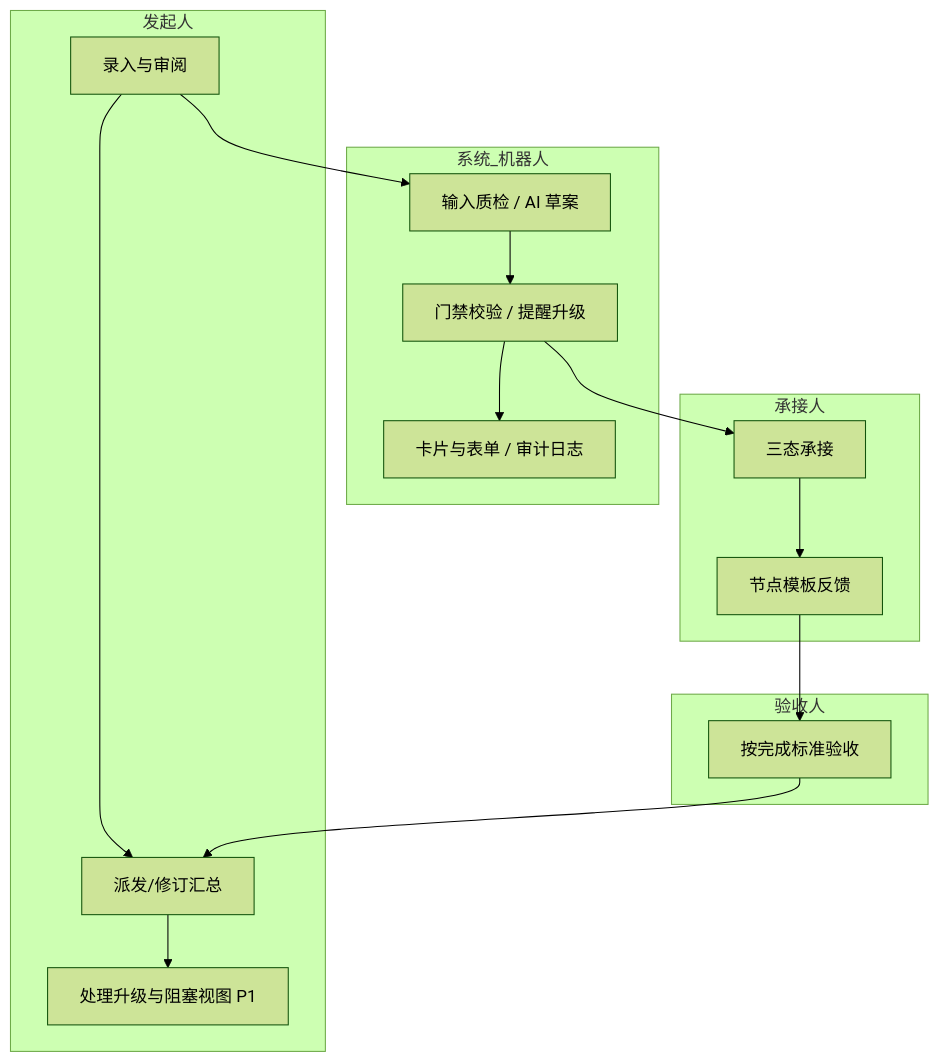
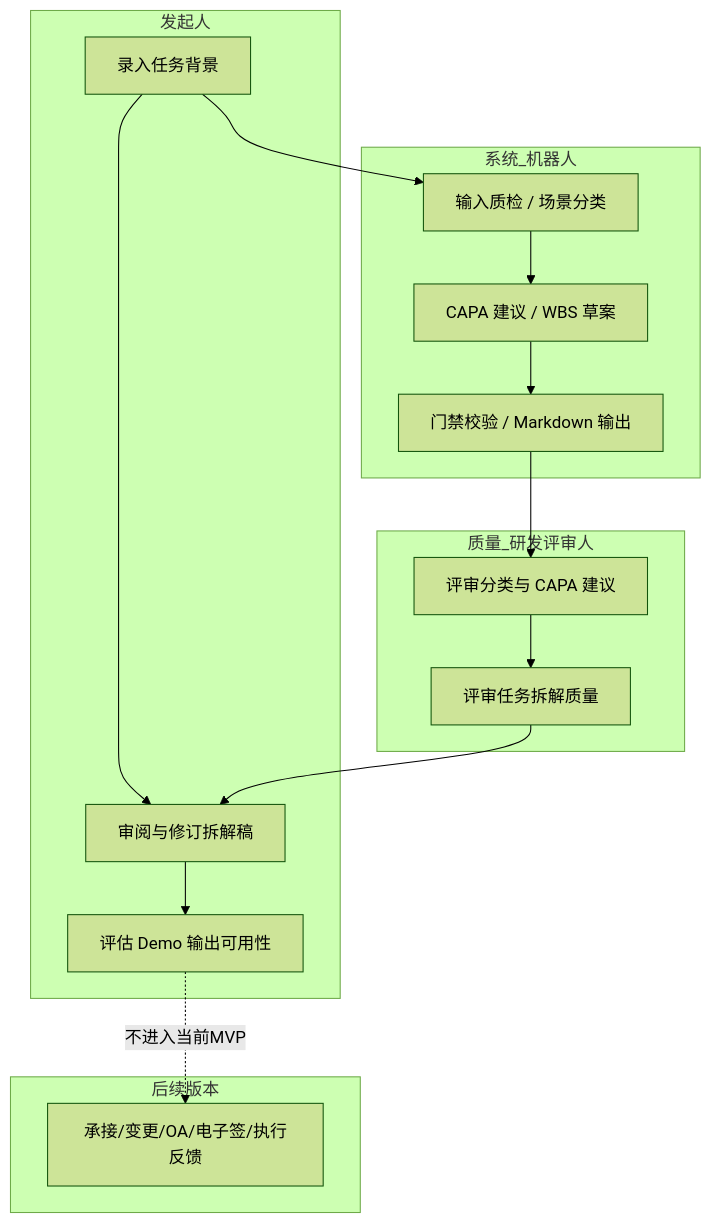
One commit to LeoHimself10/manage_robot changed the sixth of 7 diagrams in docs/PRD-钉钉任务规划与承接确认机器人-场景流程图.md. Above: the diagram before and after it, drawn with Mermaid (forest theme). The commit also changed other lines of this file and 2 other files, not shown here.

First line of the commit message:
docs: update task planning demo MVP scope

````diff
--- a/docs/PRD-钉钉任务规划与承接确认机器人-场景流程图.md
+++ b/docs/PRD-钉钉任务规划与承接确认机器人-场景流程图.md
@@ -115,21 +113,21 @@
 ```mermaid
 flowchart TB
   subgraph 发起人
-    A1[录入与审阅] --> A2[派发/修订汇总]
-    A2 --> A3[处理升级与阻塞视图 P1]
+    A1[录入任务背景] --> A2[审阅与修订拆解稿]
+    A2 --> A3[评估 Demo 输出可用性]
   end
   subgraph 系统_机器人
-    B1[输入质检 / AI 草案] --> B2[门禁校验 / 提醒升级]
-    B2 --> B3[卡片与表单 / 审计日志]
+    B1[输入质检 / 场景分类] --> B2[CAPA 建议 / WBS 草案]
+    B2 --> B3[门禁校验 / Markdown 输出]
   end
-  subgraph 承接人
-    C1[三态承接] --> C2[节点模板反馈]
+  subgraph 质量_研发评审人
+    C1[评审分类与 CAPA 建议] --> C2[评审任务拆解质量]
   end
-  subgraph 验收人
-    D1[按完成标准验收]
+  subgraph 后续版本
+    D1[承接/变更/OA/电子签/执行反馈]
   end
   A1 --> B1
-  B2 --> C1
-  C2 --> D1
-  D1 --> A2
+  B3 --> C1
+  C2 --> A2
+  A3 -.不进入当前MVP.-> D1
 ```
````
